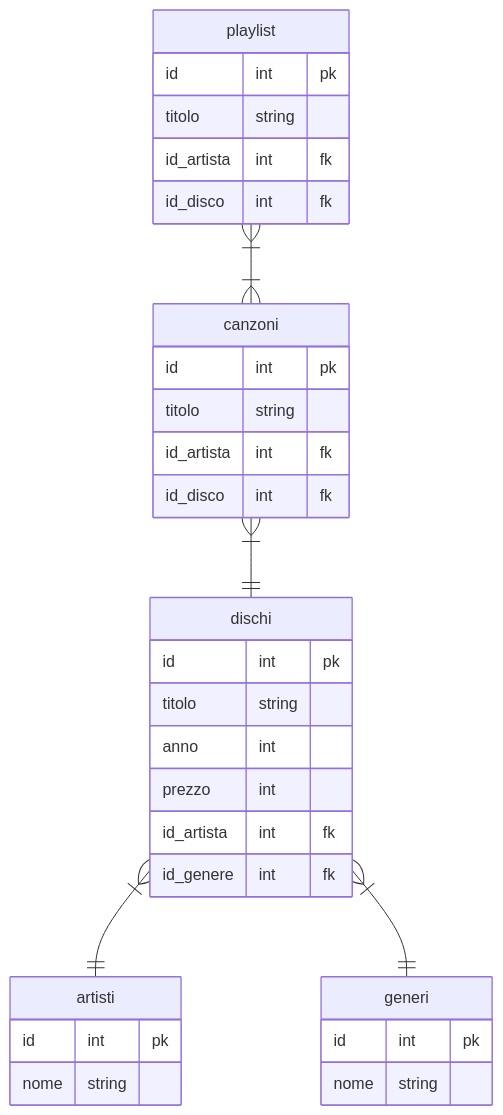
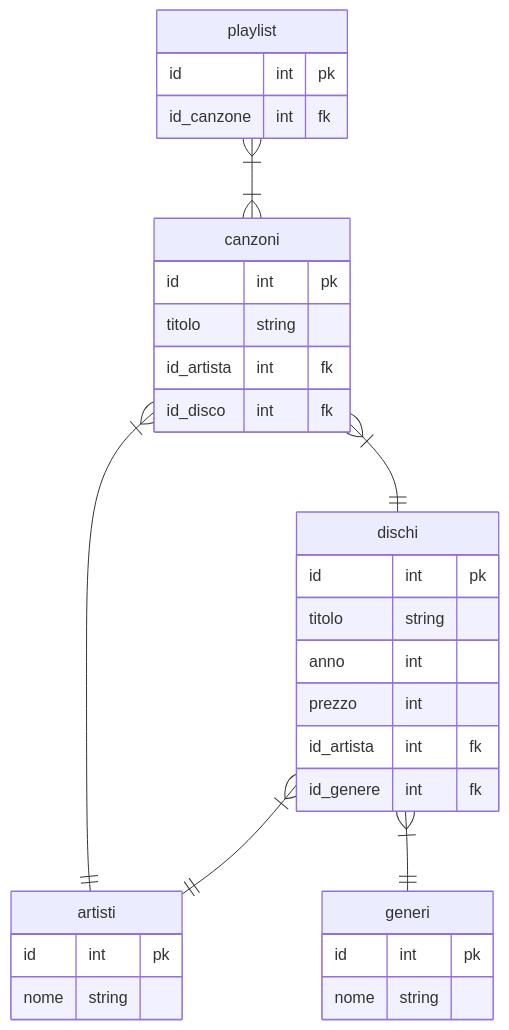
One commit to AlexBruno9/Corso-Dotnet-2024 changed the second of 2 diagrams in Siti/Dischi2/README.md. Above: the diagram before and after it, drawn with Mermaid. The commit also changed other lines of this file and 7 other files, not shown here.

````diff
--- a/Siti/Dischi2/README.md
+++ b/Siti/Dischi2/README.md
@@ -92,48 +107,48 @@
 ```mermaid
 erDiagram
 
     a[dischi] {
         id int pk
         titolo string
         anno int
         prezzo int
         id_artista int fk
         id_genere int fk
     }
 
     b[artisti] {
         id int pk
         nome string
     }
 
     c[generi] {
         id int pk
         nome string
     }
 
     d[canzoni] {
         id int pk
         titolo string
         id_artista int fk
         id_disco int fk
     }
 
     e[playlist] {
         id int pk
-        titolo string
-        id_artista int fk
-        id_disco int fk
+        id_canzone int fk
     }
 
 
 
 
     a }|--|| b : " "
     a }|--|| c : " "
     d }|--|| a : " "
     e }|--|{ d : " "
+    d }|--|| b : " "
+    
 
 
 
 
 ```
````
